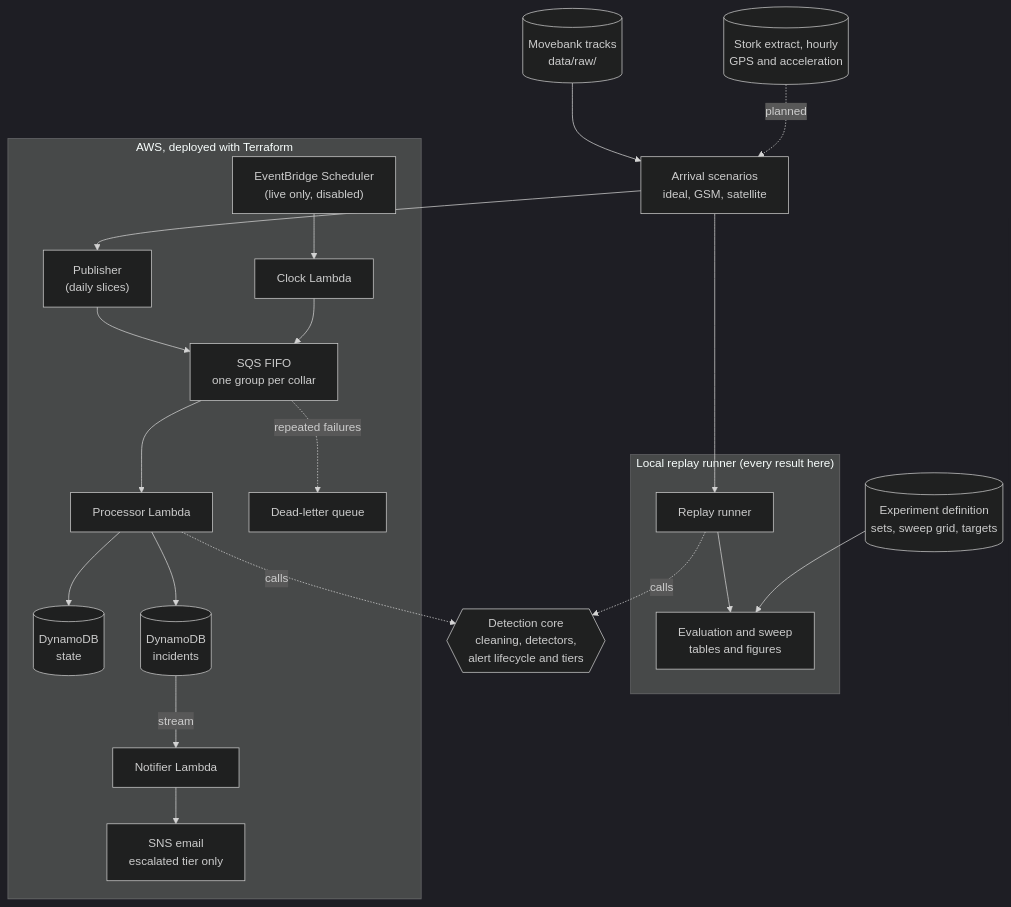
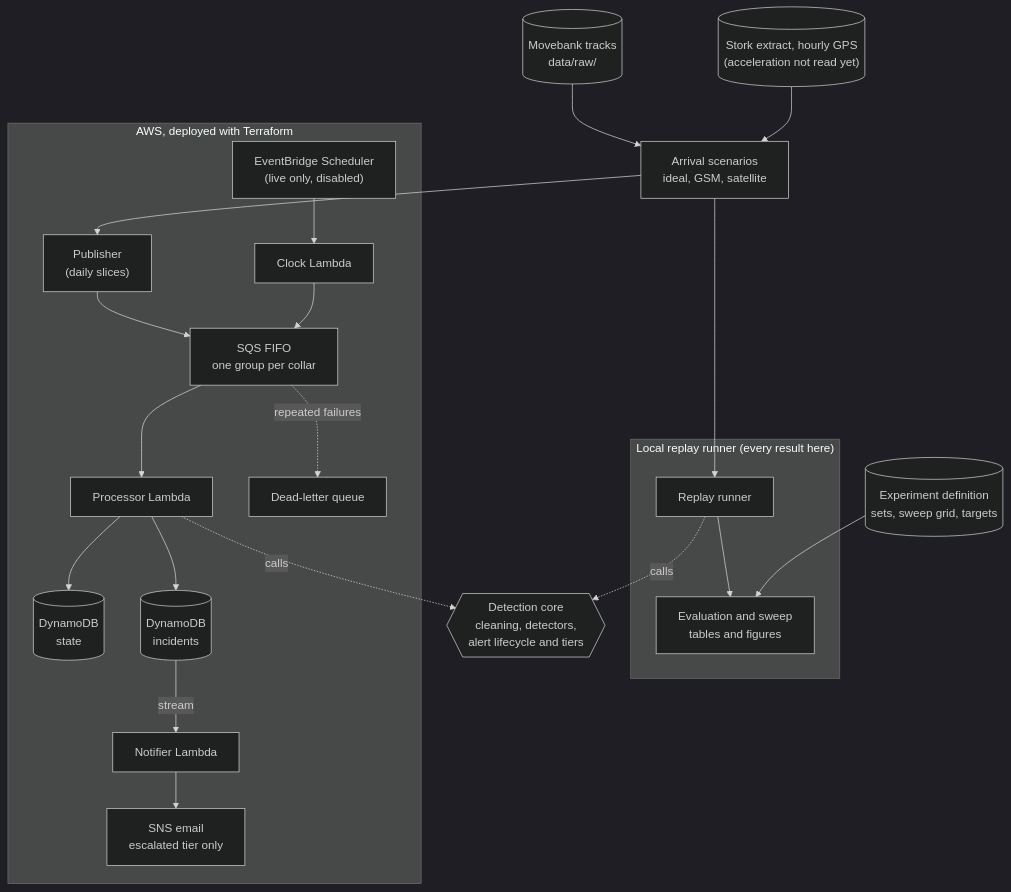
The diagram in README.md (benmacp123/collar-telemetry), drawn with Mermaid (dark theme) before and after one commit. The commit also changed other lines of this file and 37 other files, not shown here.

````diff
--- a/README.md
+++ b/README.md
@@ -142,27 +142,27 @@
 ```mermaid
 flowchart TB
     data[("Movebank tracks<br>data/raw/")] --> arrival["Arrival scenarios<br>ideal, GSM, satellite"]
-    storks[("Stork extract, hourly<br>GPS and acceleration")] -. "planned" .-> arrival
+    storks[("Stork extract, hourly GPS<br>(acceleration not read yet)")] --> arrival
     core{{"Detection core<br>cleaning, detectors,<br>alert lifecycle and tiers"}}
     experiment[("Experiment definition<br>sets, sweep grid, targets")]
 
     subgraph local ["Local replay runner (every result here)"]
         replay["Replay runner"] --> evaluation["Evaluation and sweep<br>tables and figures"]
     end
 
     subgraph aws ["AWS, deployed with Terraform"]
         publisher["Publisher<br>(daily slices)"] --> queue["SQS FIFO<br>one group per collar"]
         scheduler["EventBridge Scheduler<br>(live only, disabled)"] --> clock["Clock Lambda"] --> queue
         queue --> processor["Processor Lambda"]
         queue -. "repeated failures" .-> dlq["Dead-letter queue"]
         processor --> state[("DynamoDB<br>state")]
         processor --> incidents[("DynamoDB<br>incidents")]
         incidents -- stream --> notifier["Notifier Lambda"] --> sns["SNS email<br>escalated tier only"]
     end
 
     experiment --> evaluation
     arrival --> replay
     arrival --> publisher
     replay -. calls .-> core
     processor -. calls .-> core
 ```
````
